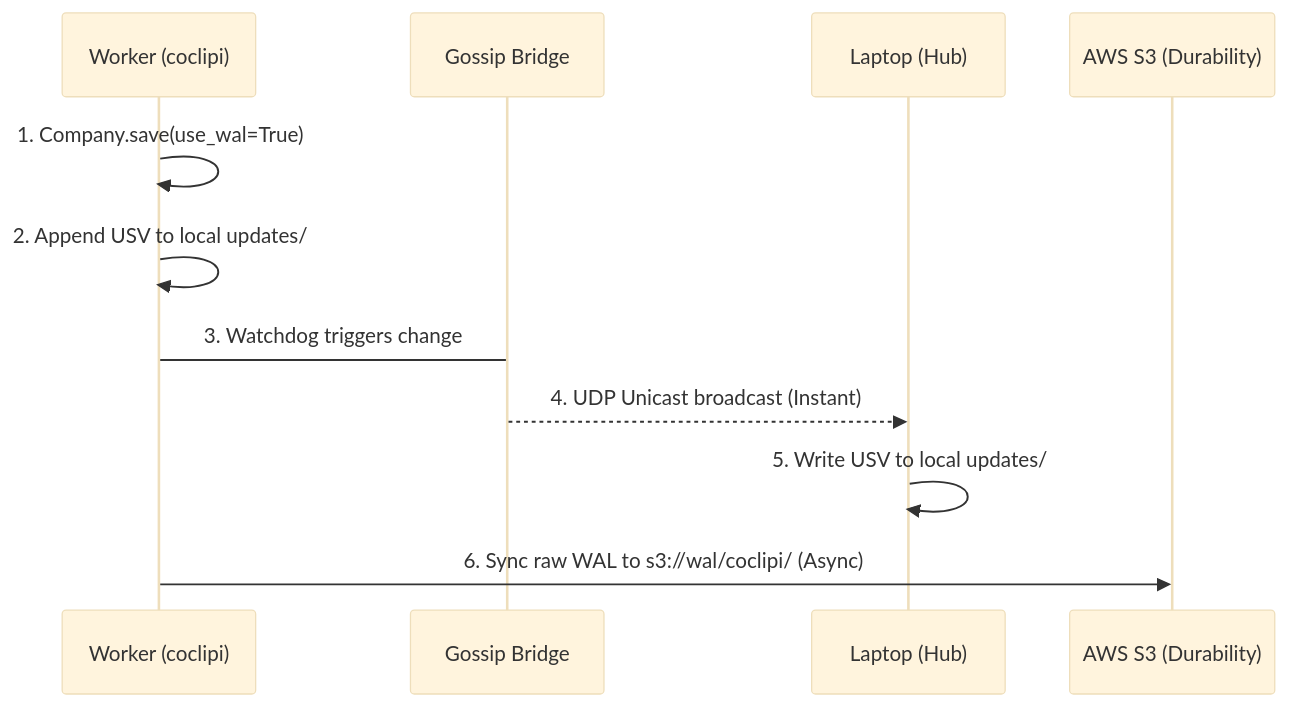
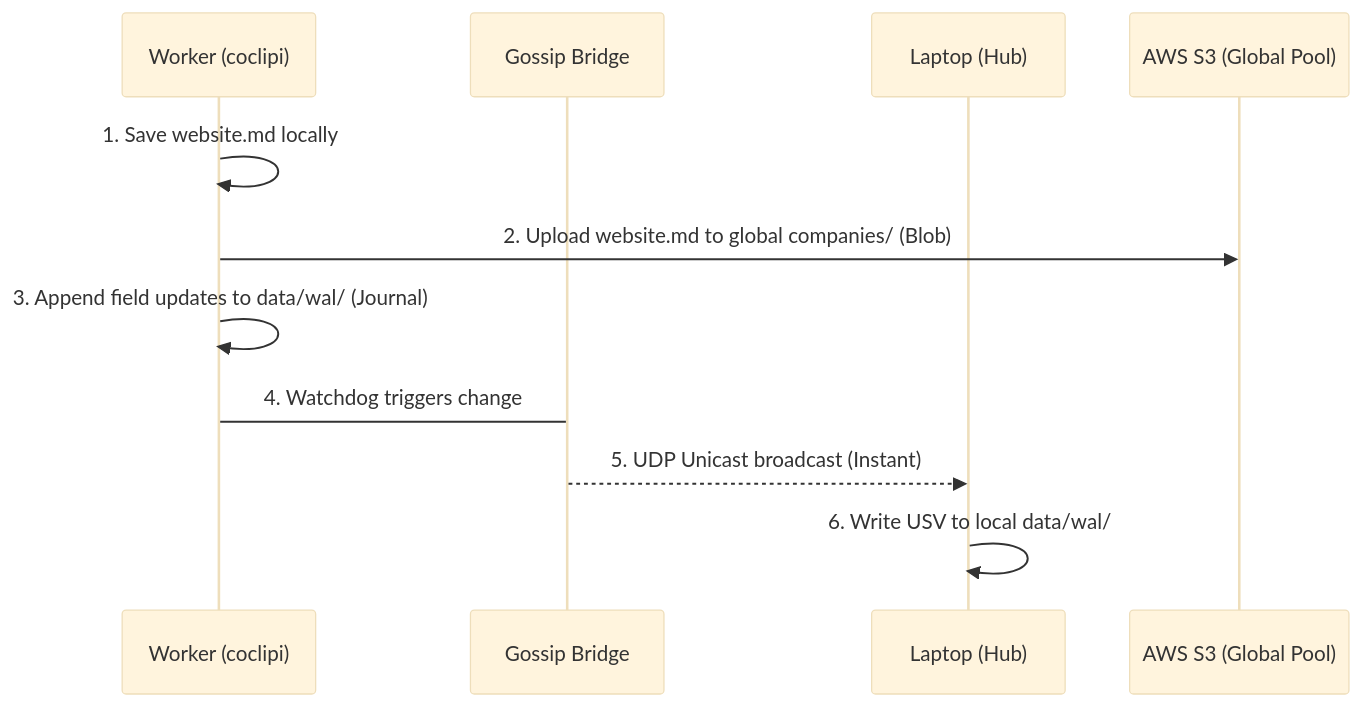
The first of 2 diagrams in docs/data-management/distributed-update-propagation.md (bizkite-co/cocli), drawn with Mermaid (base theme) before and after one commit. The commit also changed other lines of this file and 26 other files, not shown here.

````diff
--- a/docs/data-management/distributed-update-propagation.md
+++ b/docs/data-management/distributed-update-propagation.md
@@ -33,14 +36,14 @@
 ```mermaid
 sequenceDiagram
     participant W as Worker (coclipi)
     participant G as Gossip Bridge
     participant L as Laptop (Hub)
-    participant S3 as AWS S3 (Durability)
+    participant S3 as AWS S3 (Global Pool)
 
-    W->>W: 1. Company.save(use_wal=True)
-    W->>W: 2. Append USV to local updates/
-    W->G: 3. Watchdog triggers change
-    G-->>L: 4. UDP Unicast broadcast (Instant)
-    L->>L: 5. Write USV to local updates/
-    W->>S3: 6. Sync raw WAL to s3://wal/coclipi/ (Async)
+    W->>W: 1. Save website.md locally
+    W->>S3: 2. Upload website.md to global companies/ (Blob)
+    W->>W: 3. Append field updates to data/wal/ (Journal)
+    W->G: 4. Watchdog triggers change
+    G-->>L: 5. UDP Unicast broadcast (Instant)
+    L->>L: 6. Write USV to local data/wal/
 ```
````
